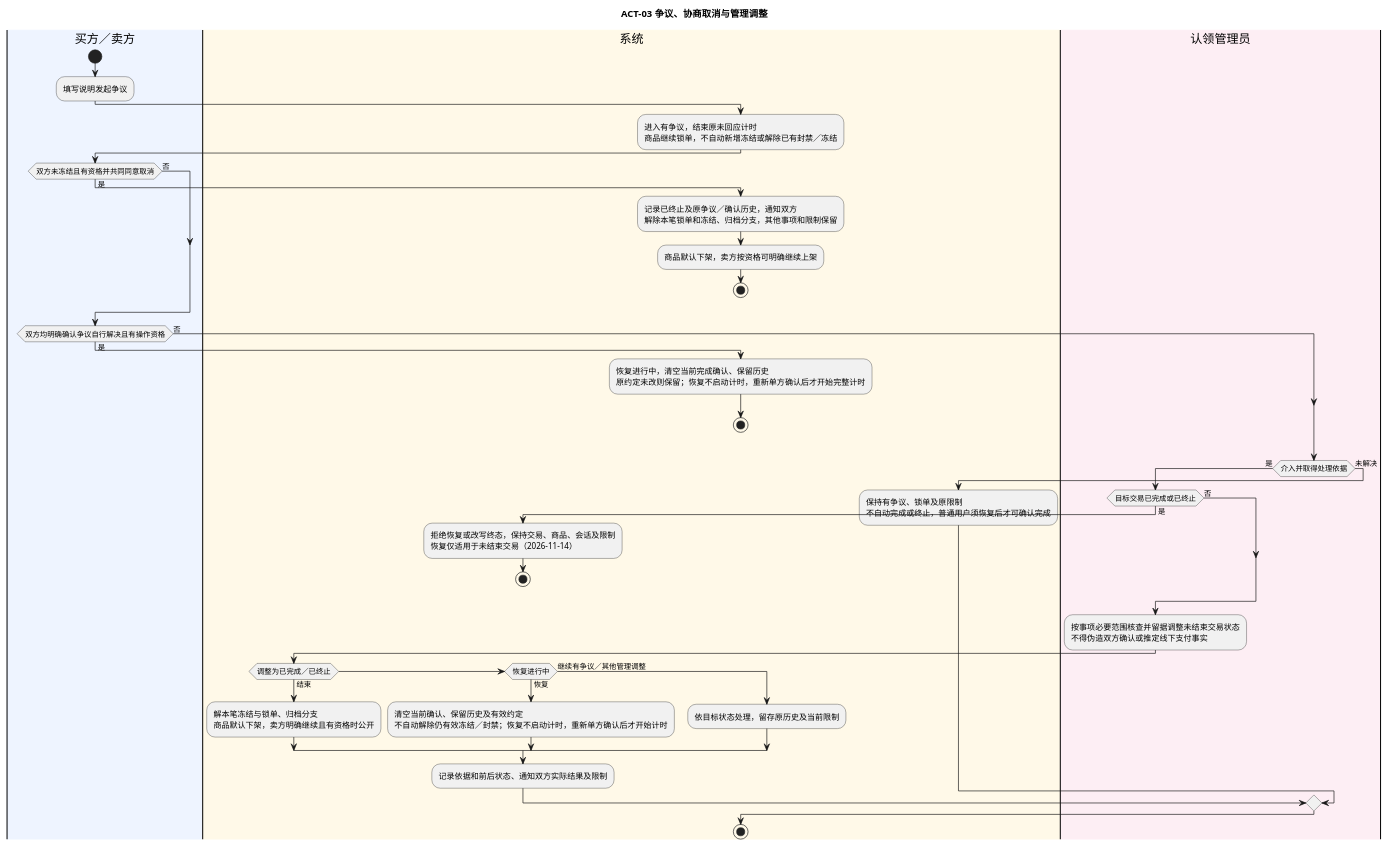
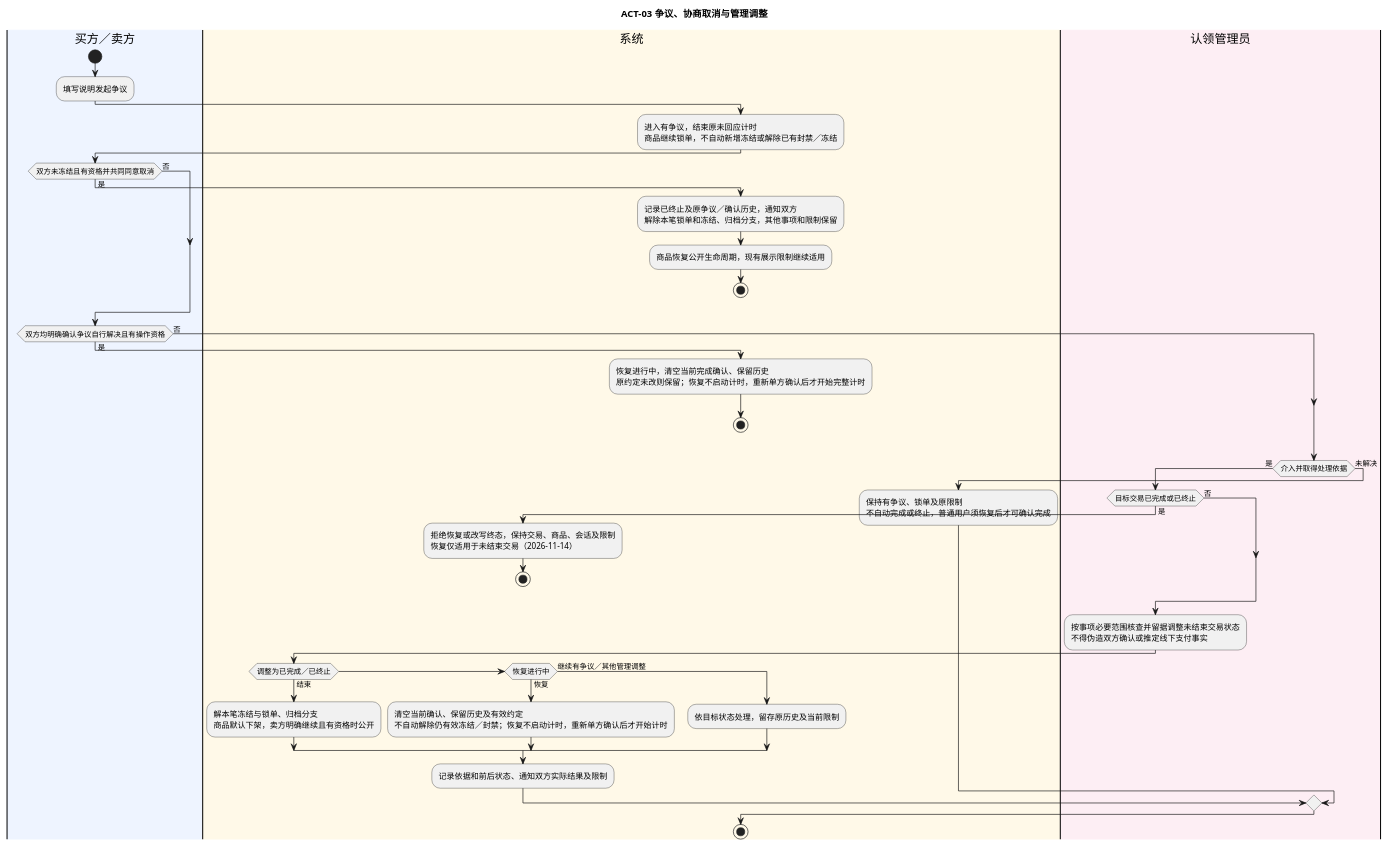
One commit to iy88/se-course-project-1 changed the diagram in docs/appendices/models/ACT-03-交易争议与恢复.puml. Above: the diagram before and after it, drawn with PlantUML. The commit also changed 110 other files, not shown here.

```diff
--- a/docs/appendices/models/ACT-03-交易争议与恢复.puml
+++ b/docs/appendices/models/ACT-03-交易争议与恢复.puml
@@ -12,49 +12,49 @@
 @startuml ACT-03
 
 skinparam defaultFontName "PingFang SC"
 title ACT-03 争议、协商取消与管理调整
 |#EEF4FF|买方／卖方|
 start
 :填写说明发起争议;
 |#FFF9E8|系统|
 :进入有争议，结束原未回应计时\n商品继续锁单，不自动新增冻结或解除已有封禁／冻结;
 |#EEF4FF|买方／卖方|
 if (双方未冻结且有资格并共同同意取消) then (是)
  |#FFF9E8|系统|
  :记录已终止及原争议／确认历史，通知双方\n解除本笔锁单和冻结、归档分支，其他事项和限制保留;
- :商品默认下架，卖方按资格可明确继续上架;
+ :商品恢复公开生命周期，现有展示限制继续适用;
  stop
 else (否)
 endif
 |#EEF4FF|买方／卖方|
 if (双方均明确确认争议自行解决且有操作资格) then (是)
  |#FFF9E8|系统|
  :恢复进行中，清空当前完成确认、保留历史\n原约定未改则保留；恢复不启动计时，重新单方确认后才开始完整计时;
  stop
 else (否)
 endif
 |#FDEEF4|认领管理员|
 if (介入并取得处理依据) then (是)
 if (目标交易已完成或已终止) then (是)
   |#FFF9E8|系统|
   :拒绝恢复或改写终态，保持交易、商品、会话及限制\n恢复仅适用于未结束交易（2026-11-14）;
   stop
 else (否)
 endif
 |#FDEEF4|认领管理员|
  :按事项必要范围核查并留据调整未结束交易状态\n不得伪造双方确认或推定线下支付事实;
  |#FFF9E8|系统|
  if (调整为已完成／已终止) then (结束)
   :解本笔冻结与锁单、归档分支\n商品默认下架，卖方明确继续且有资格时公开;
  elseif (恢复进行中) then (恢复)
   :清空当前确认、保留历史及有效约定\n不自动解除仍有效冻结／封禁；恢复不启动计时，重新单方确认后才开始计时;
  else (继续有争议／其他管理调整)
   :依目标状态处理，留存原历史及当前限制;
  endif
  :记录依据和前后状态、通知双方实际结果及限制;
 else (未解决)
  |#FFF9E8|系统|
  :保持有争议、锁单及原限制\n不自动完成或终止，普通用户须恢复后才可确认完成;
 endif
 stop
 @enduml
```
